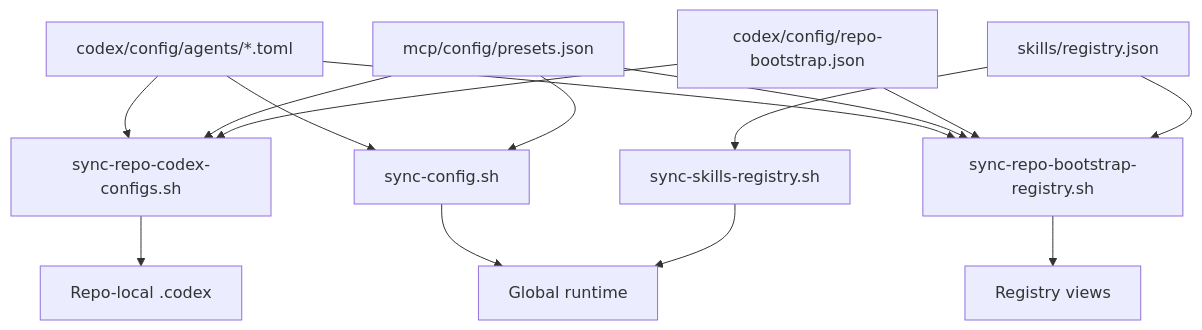
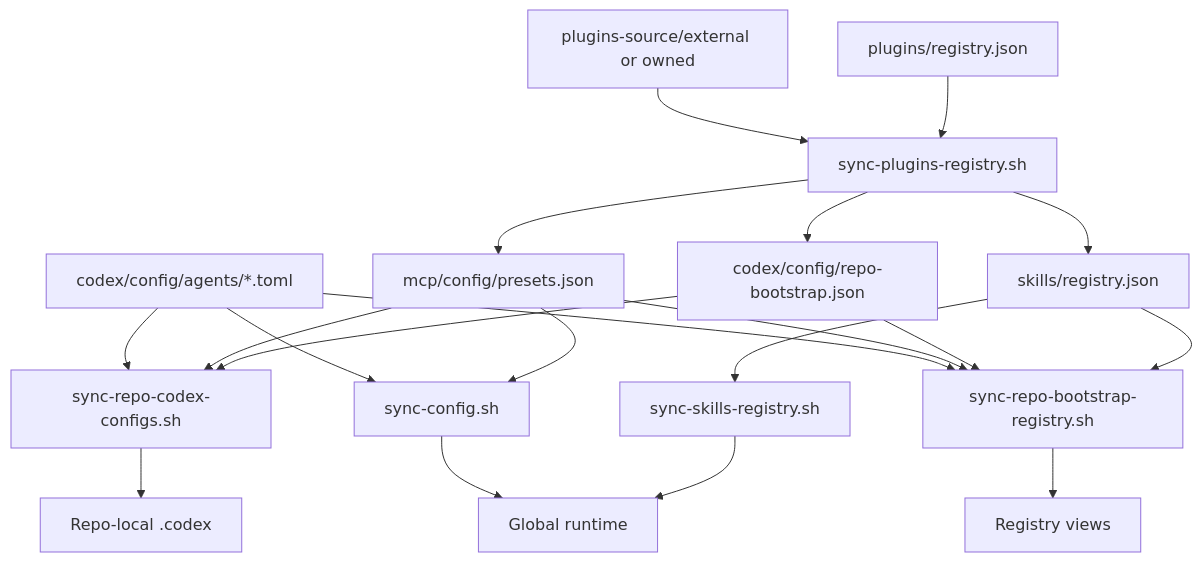
One commit to wisdom-in-a-nutshell/.agents changed the diagram in docs/architecture/capability-bootstrap-model.md. Above: the diagram before and after it, drawn with Mermaid. The commit also changed other lines of this file and 12 other files, not shown here.

````diff
--- a/docs/architecture/capability-bootstrap-model.md
+++ b/docs/architecture/capability-bootstrap-model.md
@@ -15,29 +16,37 @@
 ```mermaid
 flowchart TD
+    P[plugins/registry.json]
+    P2[plugins-source/external or owned]
     A[skills/registry.json]
     B[codex/config/repo-bootstrap.json]
     C[mcp/config/presets.json]
     D[codex/config/agents/*.toml]
+    PS[sync-plugins-registry.sh]
     E[sync-skills-registry.sh]
     F[sync-repo-codex-configs.sh]
     G[sync-config.sh]
     H[sync-repo-bootstrap-registry.sh]
     I[Global runtime]
     J[Repo-local .codex]
     K[Registry views]
 
+    P --> PS
+    P2 --> PS
+    PS --> A
+    PS --> B
+    PS --> C
     A --> E
     A --> H
     B --> F
     B --> H
     C --> F
     C --> G
     C --> H
     D --> F
     D --> G
     D --> H
     E --> I
     F --> J
     G --> I
     H --> K
 ```
````
